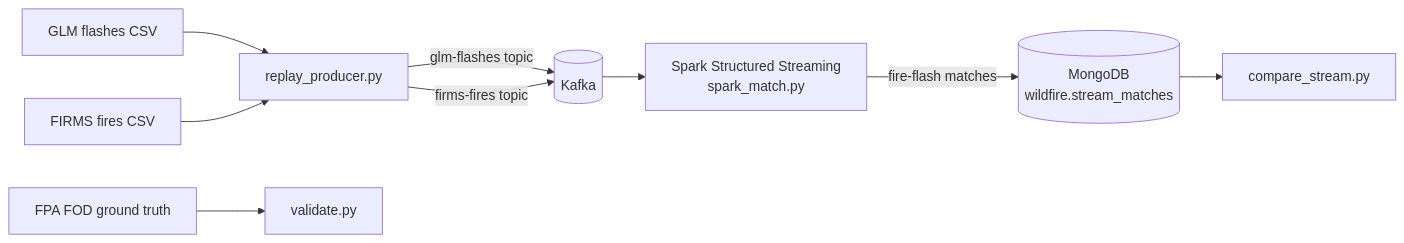
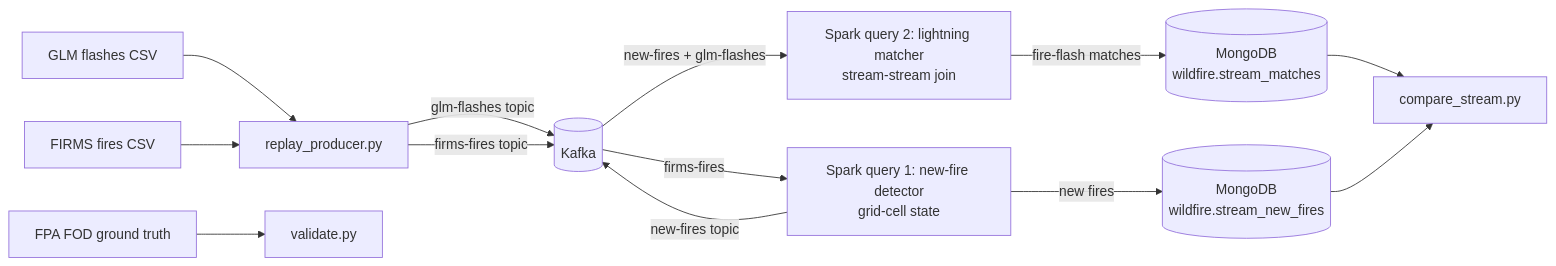
One commit to chinmayibolisetty-cmd/wildfire-lightning-pipeline. changed the diagram in README.md. Above: the diagram before and after it, drawn with Mermaid. The commit also changed other lines of this file and 15 other files, not shown here.

Commit message:
In-stream new-fire detection and broader evaluation (Aug 15-25, CAL FIRE perimeters)

````diff
--- a/README.md
+++ b/README.md
@@ -37,11 +38,15 @@
 ```mermaid
 flowchart LR
     A[GLM flashes CSV] --> P[replay_producer.py]
     B[FIRMS fires CSV] --> P
     P -->|glm-flashes topic| K[(Kafka)]
     P -->|firms-fires topic| K
-    K --> S[Spark Structured Streaming<br/>spark_match.py]
+    K -->|firms-fires| N[Spark query 1: new-fire detector<br/>grid-cell state]
+    N -->|new-fires topic| K
+    N -->|new fires| MN[(MongoDB<br/>wildfire.stream_new_fires)]
+    K -->|new-fires + glm-flashes| S[Spark query 2: lightning matcher<br/>stream-stream join]
     S -->|fire-flash matches| M[(MongoDB<br/>wildfire.stream_matches)]
     M --> C[compare_stream.py]
+    MN --> C
     F[FPA FOD ground truth] --> V[validate.py]
 ```
````
